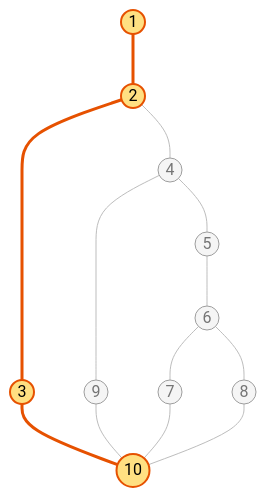
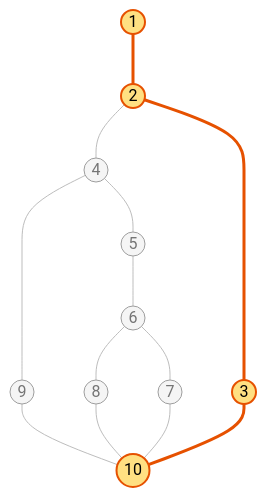
Before and after one commit to bloedige/itdb_ctf: the second of 5 diagrams in tests/docs/caja_blanca_06_permitir_flag.md, drawn with Mermaid. The commit also changed other lines of this file and 47 other files, not shown here.

````diff
--- a/tests/docs/caja_blanca_06_permitir_flag.md
+++ b/tests/docs/caja_blanca_06_permitir_flag.md
@@ -86,20 +86,20 @@
 ```mermaid
 graph TD
     n1((1)) --- n2((2))
-    n2 --- n3((3))
-    n3 --- n10((10))
     n2 --- n4((4))
+    n4 --- n9((9))
+    n9 --- n10((10))
     n4 --- n5((5))
     n5 --- n6((6))
-    n4 --- n9((9))
-    n9 --- n10
+    n6 --- n8((8))
+    n8 --- n10
     n6 --- n7((7))
     n7 --- n10
-    n6 --- n8((8))
-    n8 --- n10
+    n2 --- n3((3))
+    n3 --- n10
     classDef default fill:#f5f5f5,stroke:#9e9e9e,color:#757575
     classDef camino fill:#ffe082,stroke:#e65100,stroke-width:2px,color:#000
     class n1,n2,n3,n10 camino
     linkStyle default stroke:#bdbdbd,stroke-width:1px
-    linkStyle 0,1,2 stroke:#e65100,stroke-width:3px
+    linkStyle 0,10,11 stroke:#e65100,stroke-width:3px
 ```
````
